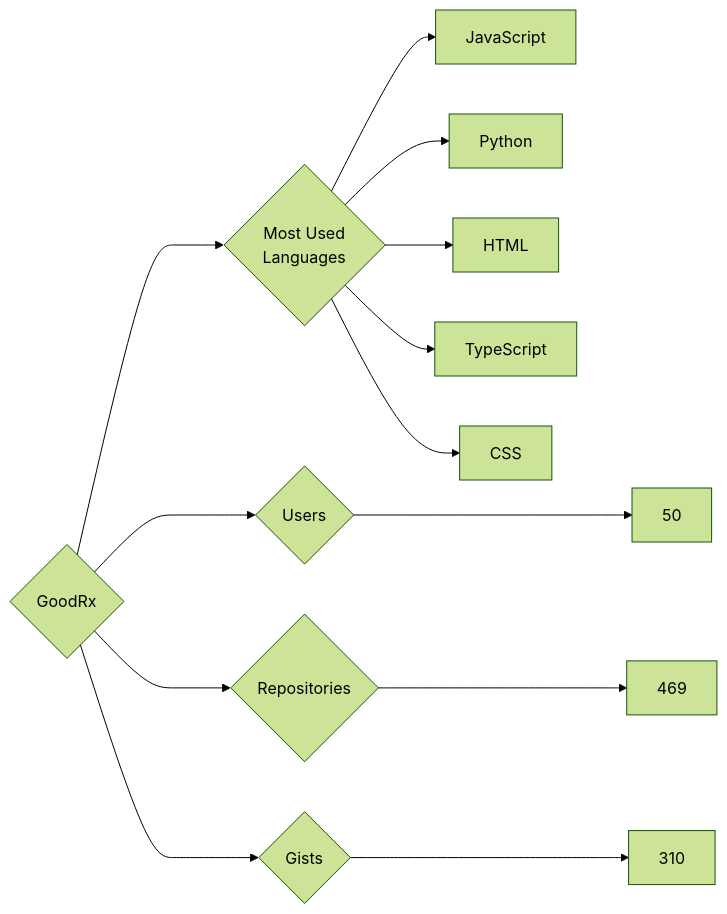
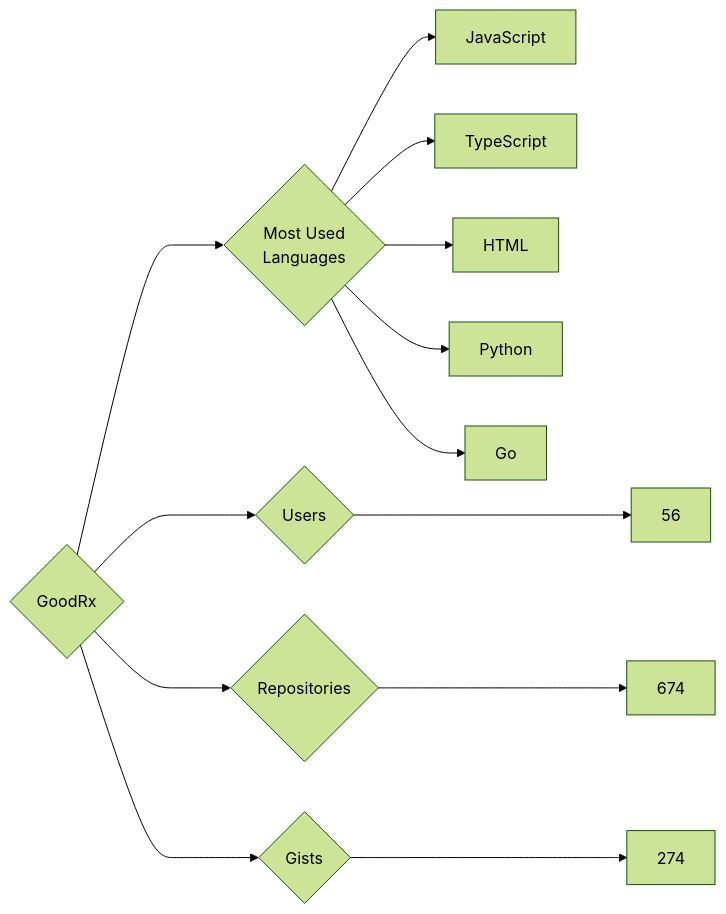
One commit to trickest/insiders changed the diagram in targets/GoodRx/README.md. Above: the diagram before and after it, drawn with Mermaid (forest theme). The commit also changed 748 other files, not shown here.

````diff
--- a/targets/GoodRx/README.md
+++ b/targets/GoodRx/README.md
@@ -3,13 +3,13 @@
 ```mermaid
 graph LR
 COMPANY_NAME{GoodRx}
-COMPANY_NAME ---> U{Users} ---> UN[50]
-COMPANY_NAME ---> R{Repositories} ---> RN[469]
-COMPANY_NAME ---> G{Gists} ---> GN[310]
+COMPANY_NAME ---> U{Users} ---> UN[56]
+COMPANY_NAME ---> R{Repositories} ---> RN[674]
+COMPANY_NAME ---> G{Gists} ---> GN[274]
 COMPANY_NAME ---> ML{Most Used<br>Languages}
 ML --> JavaScript[JavaScript]
+ML --> TypeScript[TypeScript]
+ML --> HTML[HTML]
 ML --> Python[Python]
-ML --> HTML[HTML]
-ML --> TypeScript[TypeScript]
-ML --> CSS[CSS]
+ML --> Go[Go]
 ```
````
